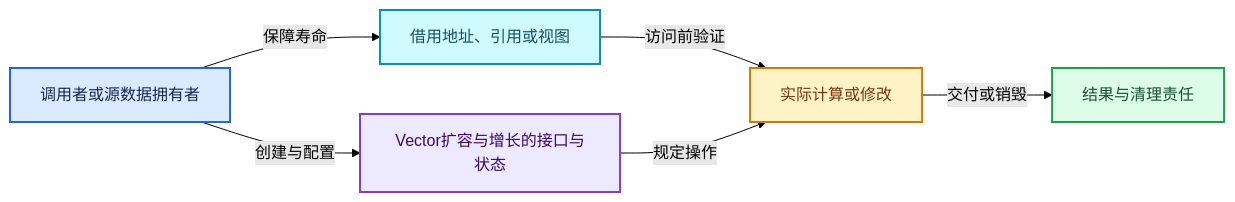
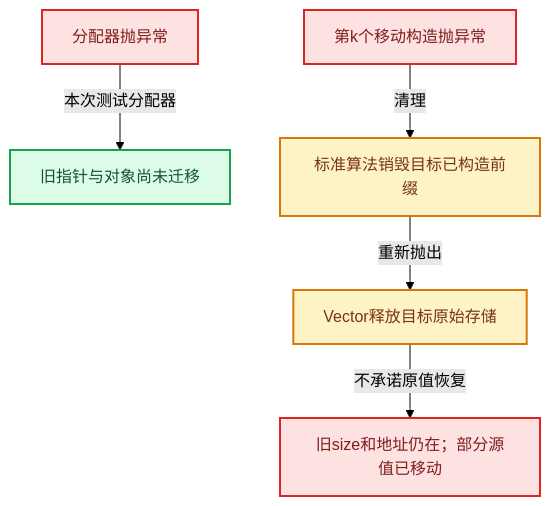
The fourth of 5 diagrams in 杂/markdown/全面学习-codex/01-基础容器与现代CPP/10-Vector扩容与增长.md (yunkezengren/blender-.vscode), drawn with Mermaid (forest theme) before and after one commit. The commit also changed other lines of this file and 1930 other files, not shown here.

````diff
--- a/杂/markdown/全面学习-codex/01-基础容器与现代CPP/10-Vector扩容与增长.md
+++ b/杂/markdown/全面学习-codex/01-基础容器与现代CPP/10-Vector扩容与增长.md
@@ -659,19 +119,19 @@
 ```mermaid
-flowchart LR
-  O["调用者或源数据拥有者"]:::input
-  V["Vector扩容与增长的接口与状态"]:::abstraction
-  B["借用地址、引用或视图"]:::data
-  W["实际计算或修改"]:::compute
-  R["结果与清理责任"]:::result
-  O -->|"创建与配置"| V
-  O -->|"保障寿命"| B
-  B -->|"访问前验证"| W
-  V -->|"规定操作"| W
-  W -->|"交付或销毁"| R
+flowchart TB
+  A["分配器抛异常"]:::error
+  O["旧指针与对象尚未迁移"]:::result
+  M["第k个移动构造抛异常"]:::error
+  D["标准算法销毁目标已构造前缀"]:::compute
+  F["Vector释放目标原始存储"]:::compute
+  S["旧size和地址仍在；部分源值已移动"]:::error
+  A -->|"本次测试分配器"| O
+  M -->|"清理"| D
+  D -->|"重新抛出"| F
+  F -->|"不承诺原值恢复"| S
   classDef input fill:#DBEAFE,stroke:#2563EB,color:#172554,stroke-width:2px;
   classDef data fill:#CFFAFE,stroke:#0891B2,color:#164E63,stroke-width:2px;
   classDef abstraction fill:#EDE9FE,stroke:#7C3AED,color:#3B0764,stroke-width:2px;
   classDef compute fill:#FEF3C7,stroke:#D97706,color:#78350F,stroke-width:2px;
   classDef result fill:#DCFCE7,stroke:#16A34A,color:#14532D,stroke-width:2px;
   classDef error fill:#FEE2E2,stroke:#DC2626,color:#7F1D1D,stroke-width:2px;
 ```
````
